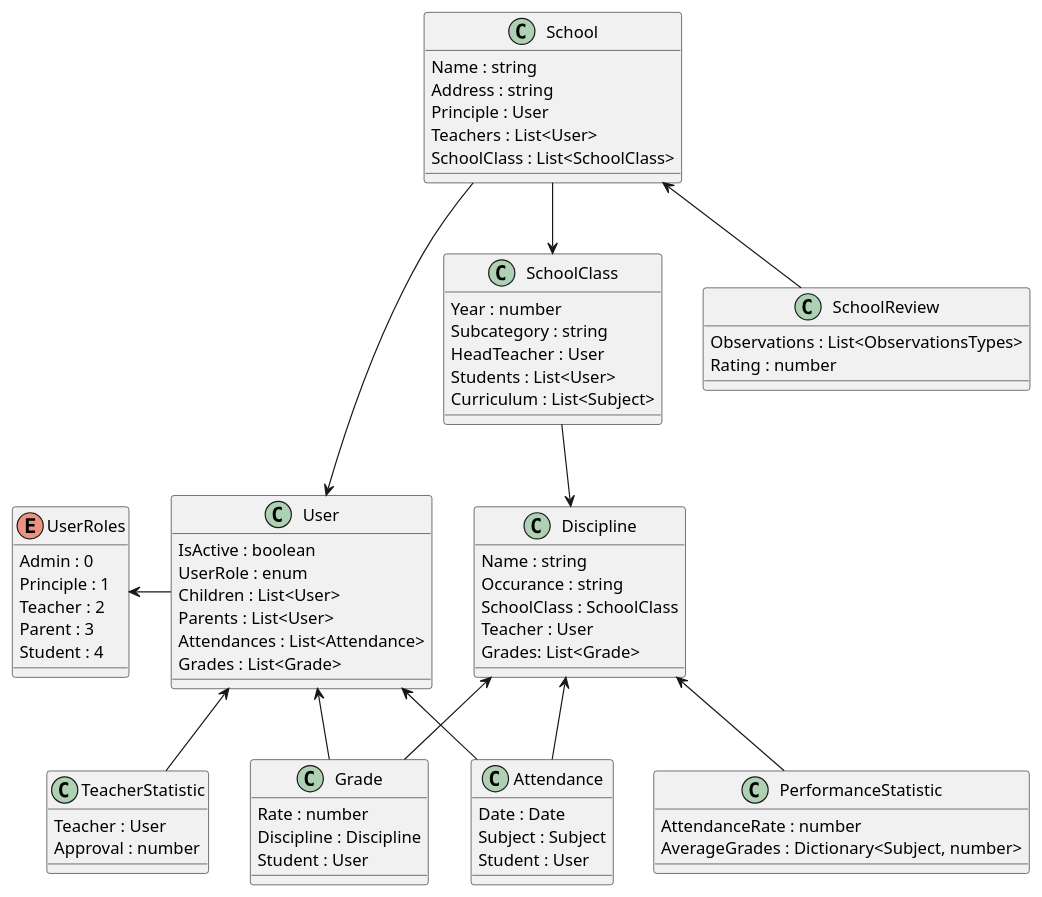
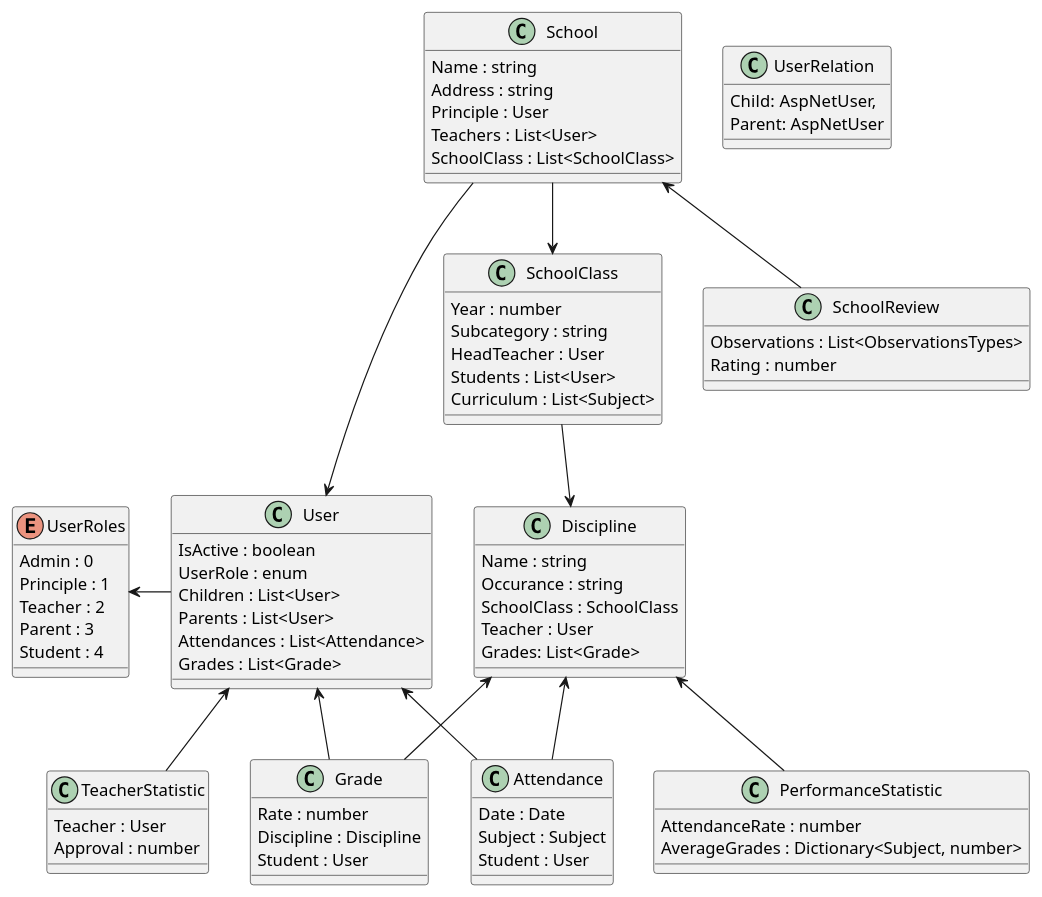
Before and after one commit to ivann9963/GradeCenter: the diagram in classes_diagram.puml, drawn with PlantUML.

Commit message:
GRAD-72: Update Classes Design PlantUml

```diff
--- a/classes_diagram.puml
+++ b/classes_diagram.puml
@@ -1,83 +1,88 @@
 @startuml
 
 class User {
     IsActive : boolean
     UserRole : enum
     Children : List<User>
     Parents : List<User>
     Attendances : List<Attendance>
     Grades : List<Grade>
+}
+
+class UserRelation{
+    Child: AspNetUser,
+    Parent: AspNetUser
 }
 
 enum UserRoles {
     Admin : 0
     Principle : 1
     Teacher : 2
     Parent : 3
     Student : 4
 }
 
 class School {
     Name : string
     Address : string
     Principle : User
     Teachers : List<User>
     SchoolClass : List<SchoolClass>
 }
 
 class SchoolClass {
     Year : number
     Subcategory : string
     HeadTeacher : User
     Students : List<User>
     Curriculum : List<Subject>
 }
 
 class Discipline {
     Name : string
     Occurance : string
     SchoolClass : SchoolClass
     Teacher : User
     Grades: List<Grade>
 }
 
 class Grade {
     Rate : number
     Discipline : Discipline
     Student : User
 }
 
 class Attendance {
     Date : Date
     Subject : Subject
     Student : User
 }
 
 class PerformanceStatistic {
     AttendanceRate : number
     AverageGrades : Dictionary<Subject, number>
 }
 
 class TeacherStatistic {
     Teacher : User
     Approval : number
 }
 
 class SchoolReview {
     Observations : List<ObservationsTypes>
     Rating : number
 }
 
 UserRoles <- User
 School --> User
 School --> SchoolClass
 SchoolClass --> Discipline
 Discipline <-- Grade
 Discipline <-- Attendance
 User <-- Grade
 User <-- Attendance
 Discipline <-- PerformanceStatistic
 User <-- TeacherStatistic
 School <-- SchoolReview
 
 @enduml
```
